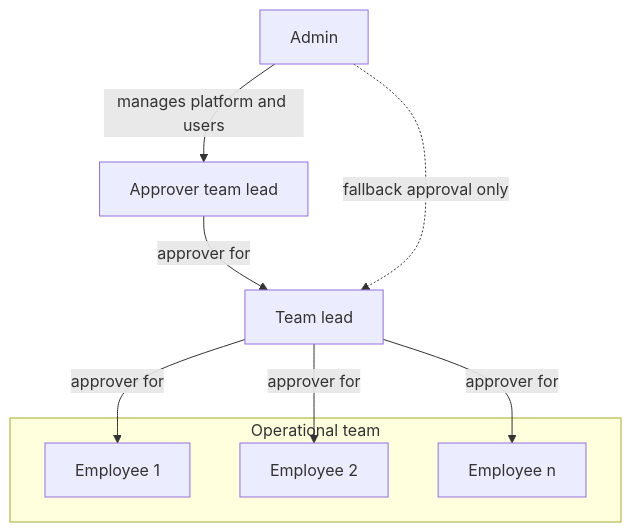
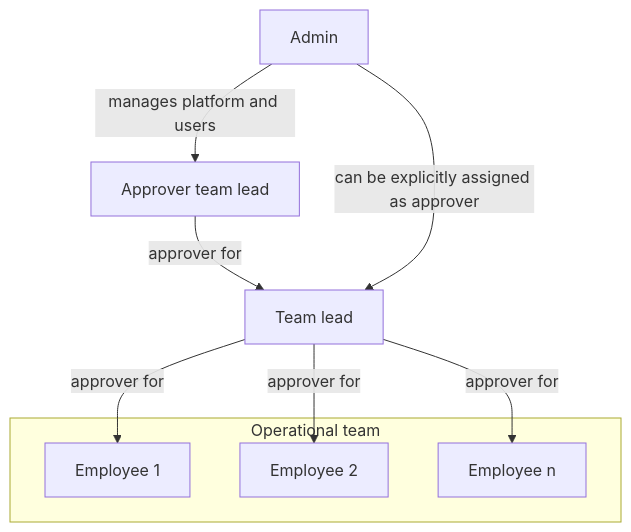
Before and after one commit to ramteid/zerf-time-absence-management: the first of 2 diagrams in docs/user-guide.md, drawn with Mermaid. The commit also changed other lines of this file and 45 other files, not shown here.

````diff
--- a/docs/user-guide.md
+++ b/docs/user-guide.md
@@ -281,20 +561,20 @@
 ```mermaid
 flowchart TD
 	Admin[Admin]
 	LeadB[Approver team lead]
 	LeadA[Team lead]
 
 	subgraph TeamGroup[Operational team]
 		E1[Employee 1]
 		E2[Employee 2]
 		EN[Employee n]
 	end
 
 	LeadA -->|approver for| E1
 	LeadA -->|approver for| E2
 	LeadA -->|approver for| EN
 	LeadB -->|approver for| LeadA
 
 	Admin -->|manages platform and users| LeadB
-	Admin -. fallback approval only .-> LeadA
+	Admin -->|can be explicitly assigned as approver| LeadA
 ```
````
